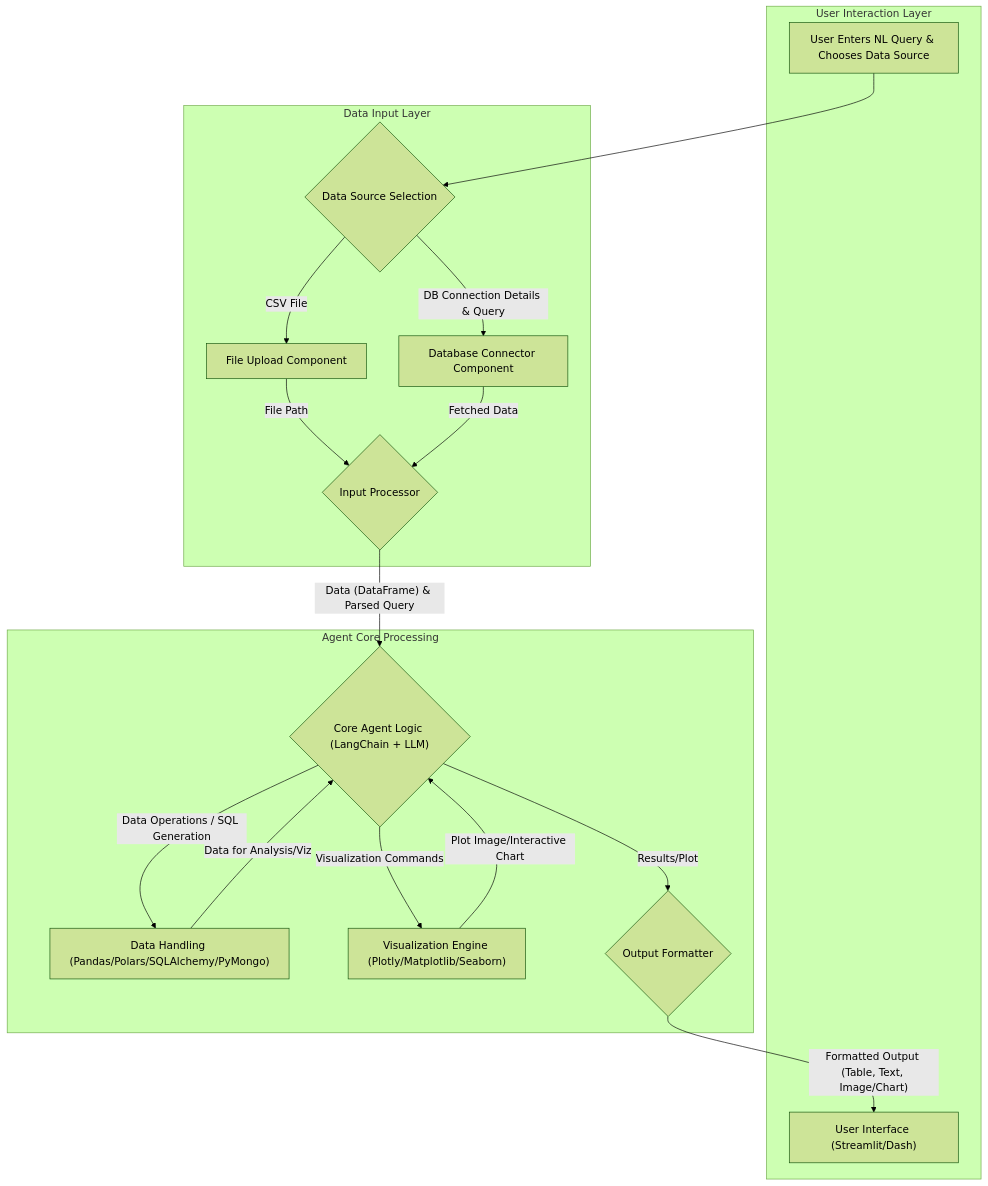
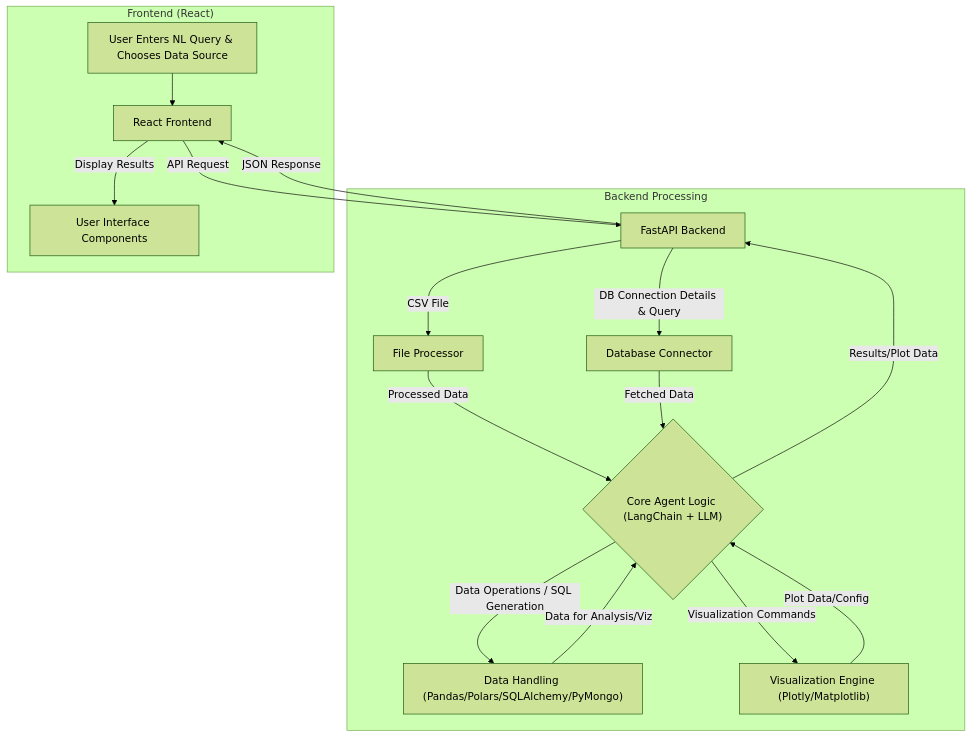
One commit to rakeshgangwar/30Days30Agents changed the diagram in agents/Day-05-Data-Analysis-Agent/docs/architecture-plan.md. Above: the diagram before and after it, drawn with Mermaid (forest theme). The commit also changed other lines of this file and 2 other files, not shown here.

First line of the commit message:
docs: update architecture and implementation plans for FastAPI + React transition

````diff
--- a/agents/Day-05-Data-Analysis-Agent/docs/architecture-plan.md
+++ b/agents/Day-05-Data-Analysis-Agent/docs/architecture-plan.md
@@ -8,35 +8,28 @@
 ```mermaid
 graph TD
-    UserInput[User Enters NL Query & Chooses Data Source] --> DSS{Data Source Selection};
-    DSS -- CSV File --> FU[File Upload Component];
-    FU -- File Path --> IP{Input Processor};
-    DSS -- DB Connection Details & Query --> DBC[Database Connector Component];
-    DBC -- Fetched Data --> IP;
+    UserInput[User Enters NL Query & Chooses Data Source] --> REACT[React Frontend];
+    REACT -- API Request --> API[FastAPI Backend];
     
-    IP -- Data (DataFrame) & Parsed Query --> CAL{"Core Agent Logic (LangChain + LLM)"};
-    CAL -- Data Operations / SQL Generation --> DH["Data Handling (Pandas/Polars/SQLAlchemy/PyMongo)"];
-    DH -- Data for Analysis/Viz --> CAL;
-    CAL -- Visualization Commands --> VE["Visualization Engine (Plotly/Matplotlib/Seaborn)"];
-    VE -- Plot Image/Interactive Chart --> CAL;
-    CAL -- Results/Plot --> OF{Output Formatter};
-    OF -- Formatted Output (Table, Text, Image/Chart) --> UI["User Interface (Streamlit/Dash)"];
-
-    subgraph "User Interaction Layer"
+    subgraph "Backend Processing"
+        API -- CSV File --> FU[File Processor];
+        API -- DB Connection Details & Query --> DBC[Database Connector];
+        
+        FU -- Processed Data --> CAL{"Core Agent Logic (LangChain + LLM)"};
+        DBC -- Fetched Data --> CAL;
+        
+        CAL -- Data Operations / SQL Generation --> DH["Data Handling (Pandas/Polars/SQLAlchemy/PyMongo)"];
+        DH -- Data for Analysis/Viz --> CAL;
+        CAL -- Visualization Commands --> VE["Visualization Engine (Plotly/Matplotlib)"];
+        VE -- Plot Data/Config --> CAL;
+        CAL -- Results/Plot Data --> API;
+    end
+    
+    API -- JSON Response --> REACT;
+    REACT -- Display Results --> UI[User Interface Components];
+    
+    subgraph "Frontend (React)"
+        REACT
         UI
         UserInput
     end
-
-    subgraph "Data Input Layer"
-        DSS
-        FU
-        DBC
-        IP
-    end
-
-    subgraph "Agent Core Processing"
-        CAL
-        DH
-        VE
-        OF
-    end
 ```
````
